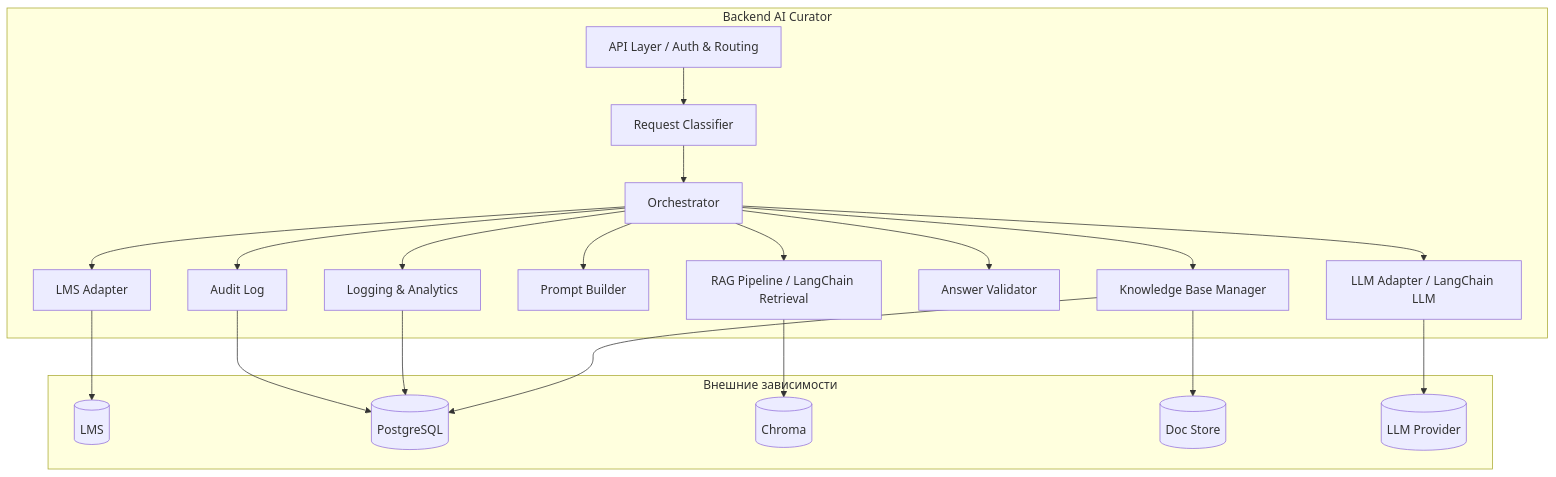
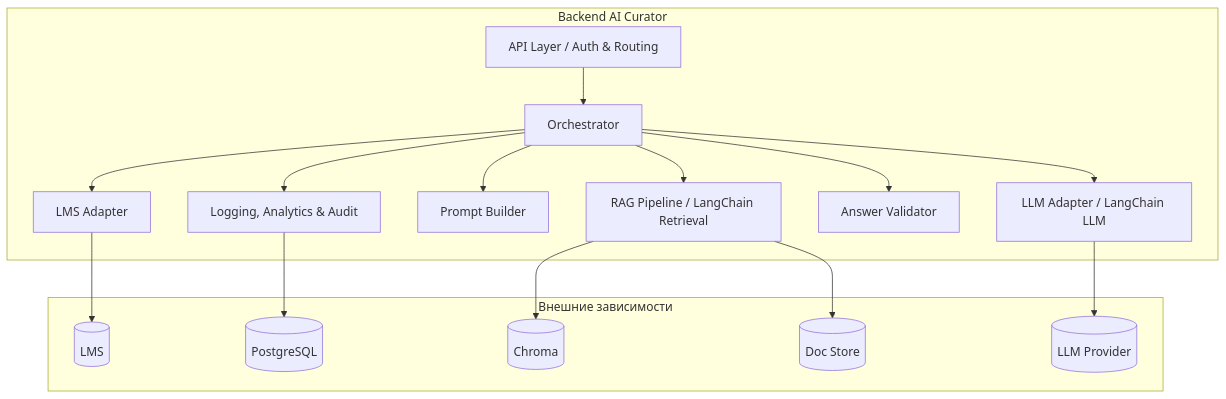
One commit to AlexLvGulyaev/AI-Curator changed the third of 8 diagrams in docs/ARCHITECTURE.md. Above: the diagram before and after it, drawn with Mermaid. The commit also changed other lines of this file, not shown here.

First line of the commit message:
docs(ai-curator): validate and polish ARCHITECTURE.md

````diff
--- a/docs/ARCHITECTURE.md
+++ b/docs/ARCHITECTURE.md
@@ -110,43 +110,35 @@
 ```mermaid
 flowchart TB
     subgraph "Backend AI Curator"
         API[API Layer / Auth & Routing]
-        Classifier[Request Classifier]
         Orchestrator[Orchestrator]
         LMSAdapter[LMS Adapter]
-        KBManager[Knowledge Base Manager]
         RAG[RAG Pipeline / LangChain Retrieval]
         PromptBuilder[Prompt Builder]
         LLMAdapter[LLM Adapter / LangChain LLM]
         Validator[Answer Validator]
-        Logger[Logging & Analytics]
-        Audit[Audit Log]
+        Logger[Logging, Analytics & Audit]
     end
 
     subgraph "Внешние зависимости"
         LMS[(LMS)]
         PostgreSQL[(PostgreSQL)]
         Chroma[(Chroma)]
         DocStore[(Doc Store)]
         LLM[(LLM Provider)]
     end
 
-    API --> Classifier
-    Classifier --> Orchestrator
+    API --> Orchestrator
     Orchestrator --> LMSAdapter
-    Orchestrator --> KBManager
     Orchestrator --> RAG
     Orchestrator --> PromptBuilder
     Orchestrator --> LLMAdapter
     Orchestrator --> Validator
     Orchestrator --> Logger
-    Orchestrator --> Audit
 
     LMSAdapter --> LMS
-    KBManager --> PostgreSQL
-    KBManager --> DocStore
     RAG --> Chroma
+    RAG --> DocStore
     LLMAdapter --> LLM
     Logger --> PostgreSQL
-    Audit --> PostgreSQL
 ```
````
